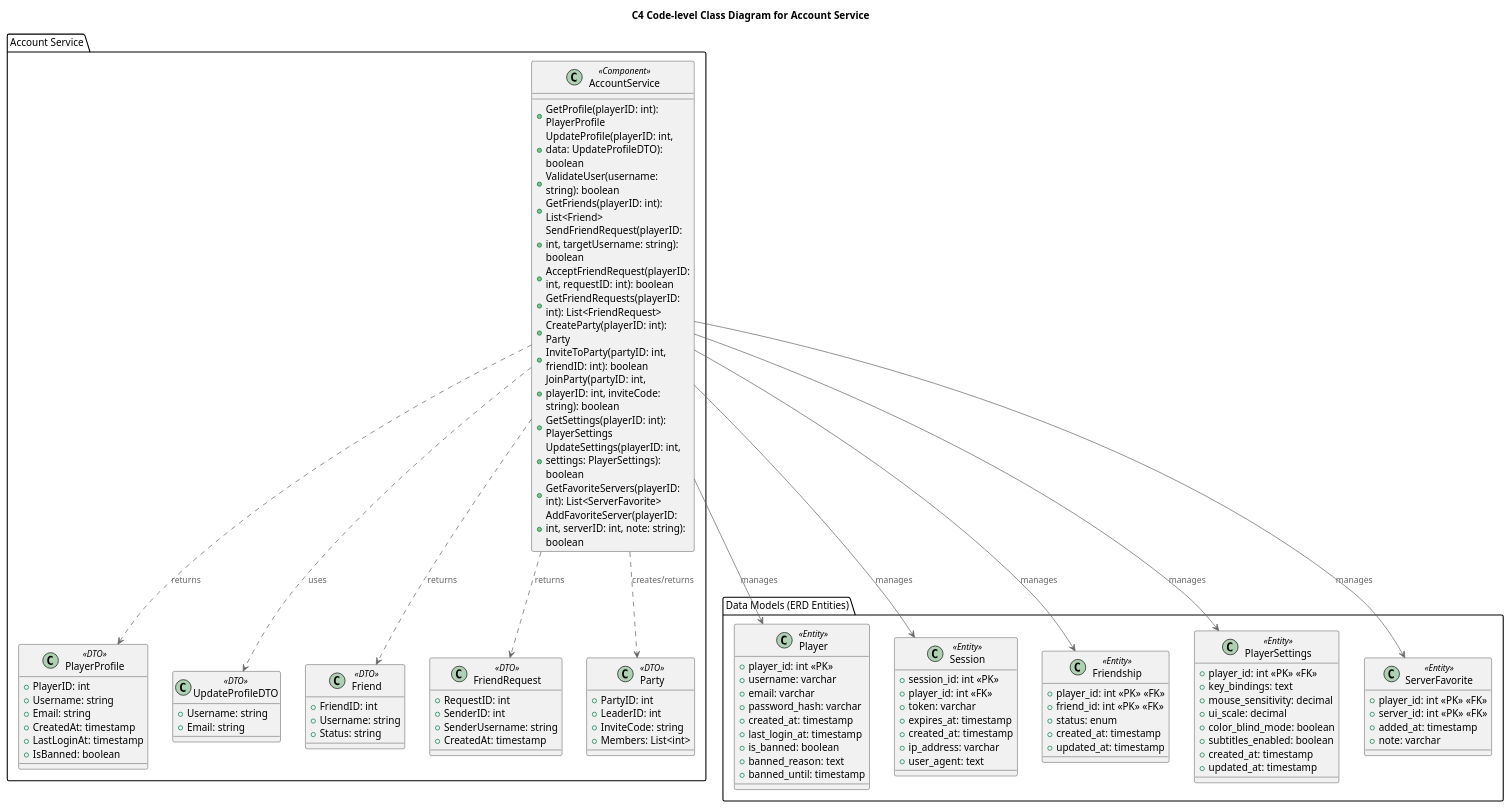
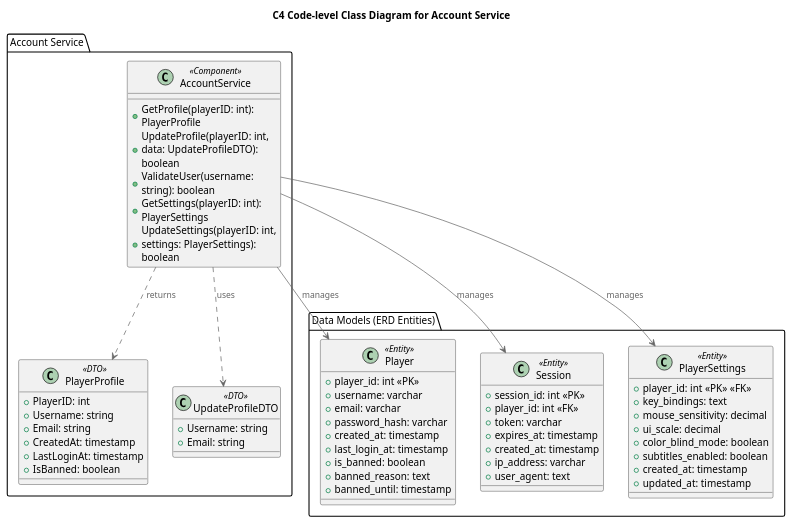
The diagram in docs/c4/containers/backend-api-components/account-service.puml (rodd-oss/ai-zombie-defense), drawn with PlantUML before and after one commit. The commit also changed 7 other files, not shown here.

```diff
--- a/docs/c4/containers/backend-api-components/account-service.puml
+++ b/docs/c4/containers/backend-api-components/account-service.puml
@@ -1,121 +1,72 @@
 @startuml
 !include https://raw.githubusercontent.com/plantuml-stdlib/C4-PlantUML/master/C4_Component.puml
 
 title C4 Code-level Class Diagram for Account Service
 
 package "Account Service" {
     class AccountService <<Component>> {
         +GetProfile(playerID: int): PlayerProfile
         +UpdateProfile(playerID: int, data: UpdateProfileDTO): boolean
         +ValidateUser(username: string): boolean
-        +GetFriends(playerID: int): List<Friend>
-        +SendFriendRequest(playerID: int, targetUsername: string): boolean
-        +AcceptFriendRequest(playerID: int, requestID: int): boolean
-        +GetFriendRequests(playerID: int): List<FriendRequest>
-        +CreateParty(playerID: int): Party
-        +InviteToParty(partyID: int, friendID: int): boolean
-        +JoinParty(partyID: int, playerID: int, inviteCode: string): boolean
         +GetSettings(playerID: int): PlayerSettings
         +UpdateSettings(playerID: int, settings: PlayerSettings): boolean
-        +GetFavoriteServers(playerID: int): List<ServerFavorite>
-        +AddFavoriteServer(playerID: int, serverID: int, note: string): boolean
     }
 
     class PlayerProfile <<DTO>> {
         +PlayerID: int
         +Username: string
         +Email: string
         +CreatedAt: timestamp
         +LastLoginAt: timestamp
         +IsBanned: boolean
     }
 
     class UpdateProfileDTO <<DTO>> {
         +Username: string
         +Email: string
-    }
-
-    class Friend <<DTO>> {
-        +FriendID: int
-        +Username: string
-        +Status: string
-    }
-
-    class FriendRequest <<DTO>> {
-        +RequestID: int
-        +SenderID: int
-        +SenderUsername: string
-        +CreatedAt: timestamp
-    }
-
-    class Party <<DTO>> {
-        +PartyID: int
-        +LeaderID: int
-        +InviteCode: string
-        +Members: List<int>
     }
 }
 
 package "Data Models (ERD Entities)" {
     class Player <<Entity>> {
         +player_id: int <<PK>>
         +username: varchar
         +email: varchar
         +password_hash: varchar
         +created_at: timestamp
         +last_login_at: timestamp
         +is_banned: boolean
         +banned_reason: text
         +banned_until: timestamp
     }
 
     class Session <<Entity>> {
         +session_id: int <<PK>>
         +player_id: int <<FK>>
         +token: varchar
         +expires_at: timestamp
         +created_at: timestamp
         +ip_address: varchar
         +user_agent: text
     }
 
-    class Friendship <<Entity>> {
-        +player_id: int <<PK>> <<FK>>
-        +friend_id: int <<PK>> <<FK>>
-        +status: enum
-        +created_at: timestamp
-        +updated_at: timestamp
-    }
-
     class PlayerSettings <<Entity>> {
         +player_id: int <<PK>> <<FK>>
         +key_bindings: text
         +mouse_sensitivity: decimal
         +ui_scale: decimal
         +color_blind_mode: boolean
         +subtitles_enabled: boolean
         +created_at: timestamp
         +updated_at: timestamp
     }
-
-    class ServerFavorite <<Entity>> {
-        +player_id: int <<PK>> <<FK>>
-        +server_id: int <<PK>> <<FK>>
-        +added_at: timestamp
-        +note: varchar
-    }
 }
 
 AccountService ..> PlayerProfile : returns
-AccountService ..> Friend : returns
-AccountService ..> Party : creates/returns
 AccountService ..> UpdateProfileDTO : uses
-AccountService ..> FriendRequest : returns
 
 AccountService --> Player : manages
 AccountService --> Session : manages
-AccountService --> Friendship : manages
 AccountService --> PlayerSettings : manages
-AccountService --> ServerFavorite : manages
 
 @enduml
```
